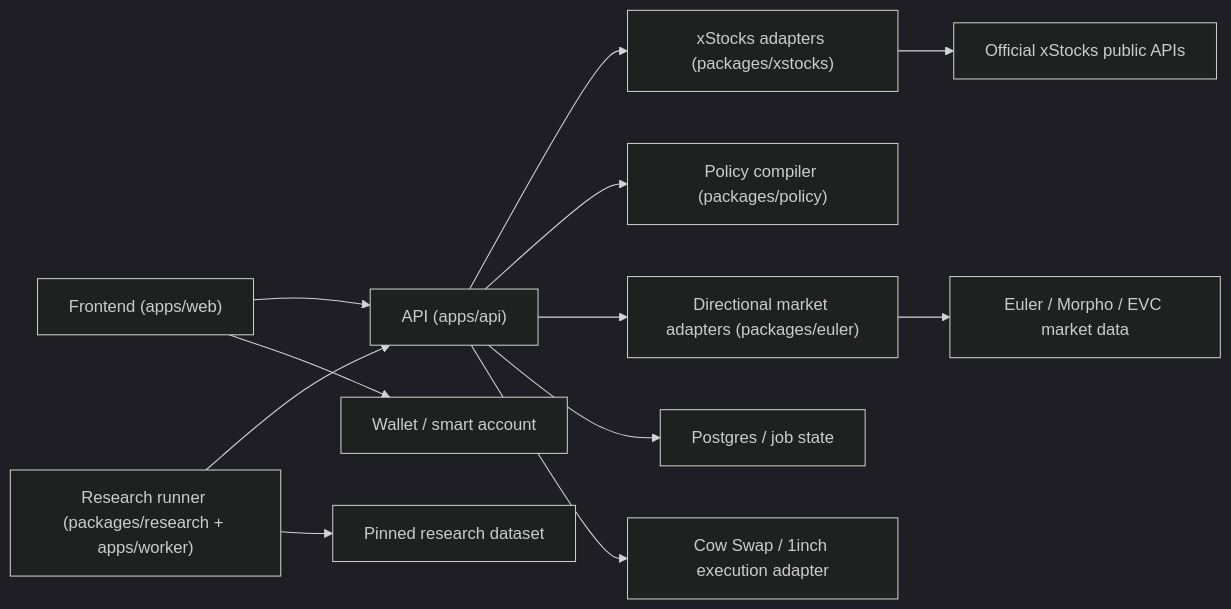
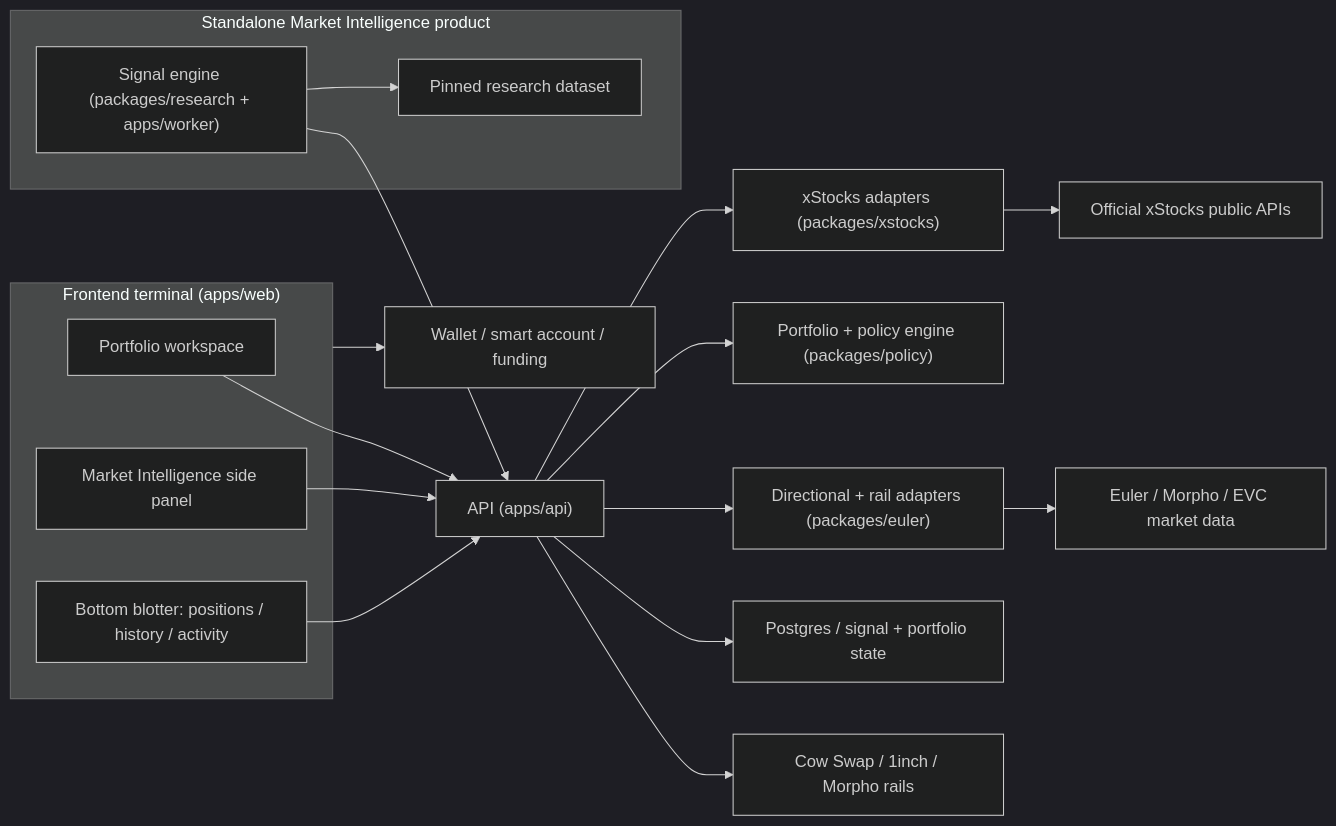
One commit to twentyOne2x/xstocks-strategy-lab changed the first of 2 diagrams in README.md. Above: the diagram before and after it, drawn with Mermaid (dark theme). The commit also changed other lines of this file and 1 other file, not shown here.

Commit message:
Align diagrams with intelligence-led terminal architecture
- Show standalone Market Intelligence and the embedded side panel in the README diagrams
- Mirror the portfolio workspace, blotter, and activation flow in the supporting diagram doc
- Keep diagram surfaces aligned with the control plane so frontend handoffs stay truthful

````diff
--- a/README.md
+++ b/README.md
@@ -69,14 +69,28 @@
 ```mermaid
 flowchart LR
-    A["Frontend (apps/web)"] --> B["API (apps/api)"]
+    subgraph T["Frontend terminal (apps/web)"]
+        A["Portfolio workspace"]
+        M["Market Intelligence side panel"]
+        N["Bottom blotter: positions / history / activity"]
+    end
+
+    A --> B["API (apps/api)"]
+    M --> B
+    N --> B
+
+    subgraph I["Standalone Market Intelligence product"]
+        F["Signal engine (packages/research + apps/worker)"]
+        G["Pinned research dataset"]
+    end
+
     B --> C["xStocks adapters (packages/xstocks)"]
-    B --> D["Policy compiler (packages/policy)"]
-    B --> E["Directional market adapters (packages/euler)"]
-    F["Research runner (packages/research + apps/worker)"] --> B
-    F --> G["Pinned research dataset"]
+    B --> D["Portfolio + policy engine (packages/policy)"]
+    B --> E["Directional + rail adapters (packages/euler)"]
+    F --> B
+    F --> G
     C --> H["Official xStocks public APIs"]
-    E --> I["Euler / Morpho / EVC market data"]
-    B --> J["Postgres / job state"]
-    A --> K["Wallet / smart account"]
-    B --> L["Cow Swap / 1inch execution adapter"]
+    E --> J["Euler / Morpho / EVC market data"]
+    B --> K["Postgres / signal + portfolio state"]
+    T --> L["Wallet / smart account / funding"]
+    B --> O["Cow Swap / 1inch / Morpho rails"]
 ```
````
